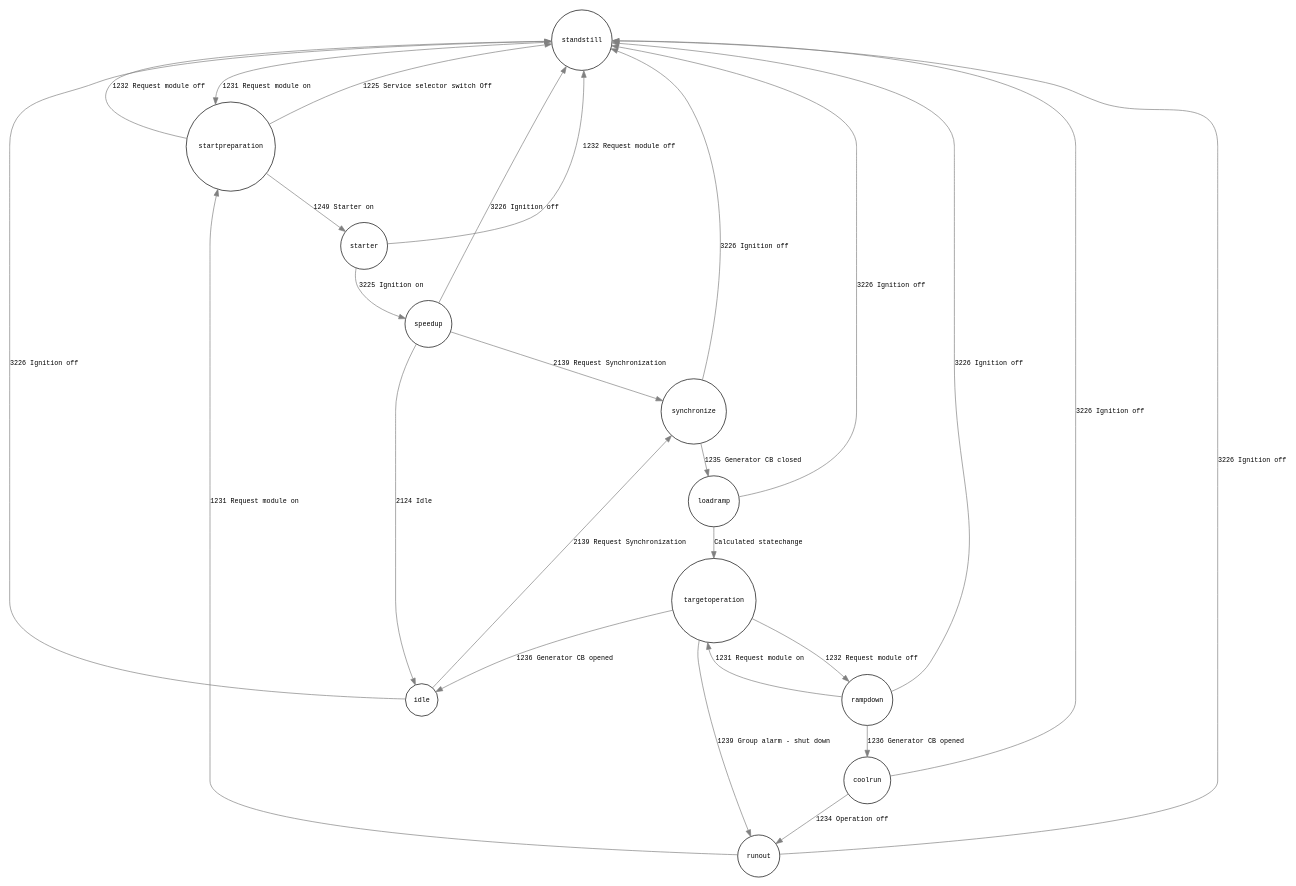
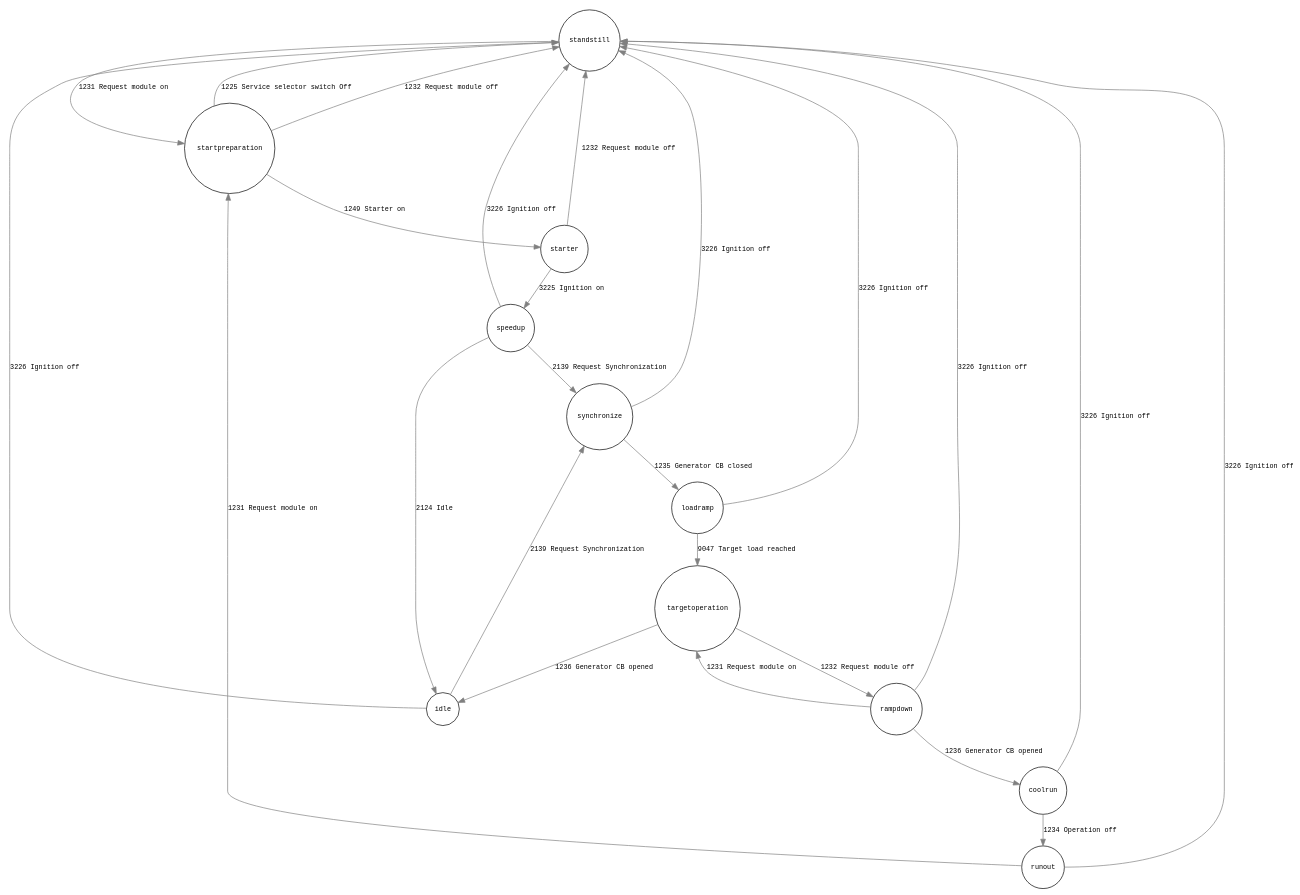
The diagram in FSM.dot (dieterch/statemachine), drawn with Graphviz before and after one commit. The commit also changed 8 other files, not shown here.

```diff
--- a/FSM.dot
+++ b/FSM.dot
@@ -1,41 +1,40 @@
 digraph G {
     graph [rankdir=TB labelfontcolor=red fontname="monospace" nodesep=1 size="20,33"]
     node [fontname="monospace" fontsize=10  shape="circle"]
     edge [fontname="monospace" color="grey" fontsize=10]
     standstill [label="standstill"]
     standstill -> startpreparation [label="1231 Request module on"]
     startpreparation [label="startpreparation"]
     startpreparation -> starter [label="1249 Starter on"]
     startpreparation -> standstill [label="1225 Service selector switch Off"]
     startpreparation -> standstill [label="1232 Request module off"]
     starter [label="starter"]
     starter -> speedup [label="3225 Ignition on"]
     starter -> standstill [label="1232 Request module off"]
     speedup [label="speedup"]
     speedup -> idle [label="2124 Idle"]
     speedup -> synchronize [label="2139 Request Synchronization"]
     speedup -> standstill [label="3226 Ignition off"]
     idle [label="idle"]
     idle -> synchronize [label="2139 Request Synchronization"]
     idle -> standstill [label="3226 Ignition off"]
     synchronize [label="synchronize"]
     synchronize -> loadramp [label="1235 Generator CB closed"]
     synchronize -> standstill [label="3226 Ignition off"]
     loadramp [label="loadramp"]
     loadramp -> standstill [label="3226 Ignition off"]
-    loadramp -> targetoperation [label="Calculated statechange"]
+    loadramp -> targetoperation [label="9047 Target load reached"]
     targetoperation [label="targetoperation"]
     targetoperation -> rampdown [label="1232 Request module off"]
-    targetoperation -> runout [label="1239 Group alarm - shut down"]
     targetoperation -> idle [label="1236 Generator CB opened"]
     rampdown [label="rampdown"]
     rampdown -> coolrun [label="1236 Generator CB opened"]
     rampdown -> standstill [label="3226 Ignition off"]
     rampdown -> targetoperation [label="1231 Request module on"]
     coolrun [label="coolrun"]
     coolrun -> runout [label="1234 Operation off"]
     coolrun -> standstill [label="3226 Ignition off"]
     runout [label="runout"]
     runout -> standstill [label="3226 Ignition off"]
     runout -> startpreparation [label="1231 Request module on"]
 }
```
